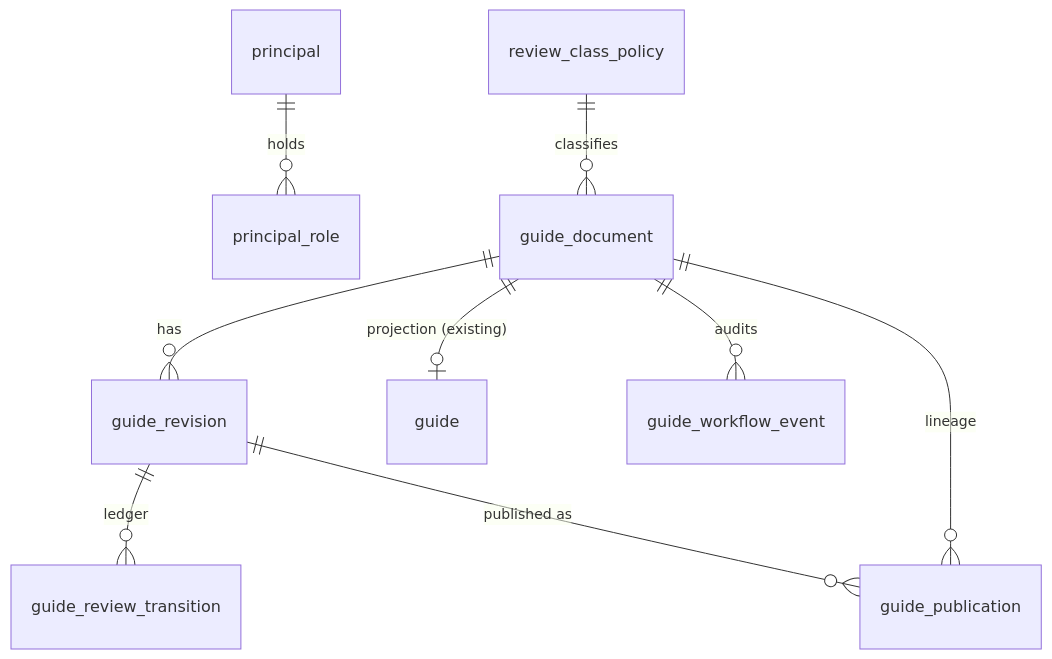
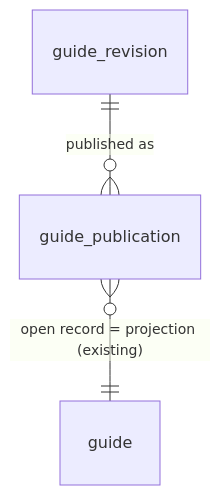
The second of 2 diagrams in docs/guide-legal-review-publication-architecture.md (life-in-uk/backend), drawn with Mermaid before and after one commit. The commit also changed other lines of this file, not shown here.

Commit message:
docs: simplify Guide publication for solo operator (#46)

````diff
--- a/docs/guide-legal-review-publication-architecture.md
+++ b/docs/guide-legal-review-publication-architecture.md
@@ -422,11 +151,5 @@
 ```mermaid
 erDiagram
-    principal ||--o{ principal_role : holds
-    review_class_policy ||--o{ guide_document : classifies
-    guide_document ||--o{ guide_revision : has
-    guide_revision ||--o{ guide_review_transition : "ledger"
     guide_revision ||--o{ guide_publication : "published as"
-    guide_document ||--o{ guide_publication : "lineage"
-    guide_document ||--o| guide : "projection (existing)"
-    guide_document ||--o{ guide_workflow_event : audits
+    guide_publication }o--|| guide : "open record = projection (existing)"
 ```
````
